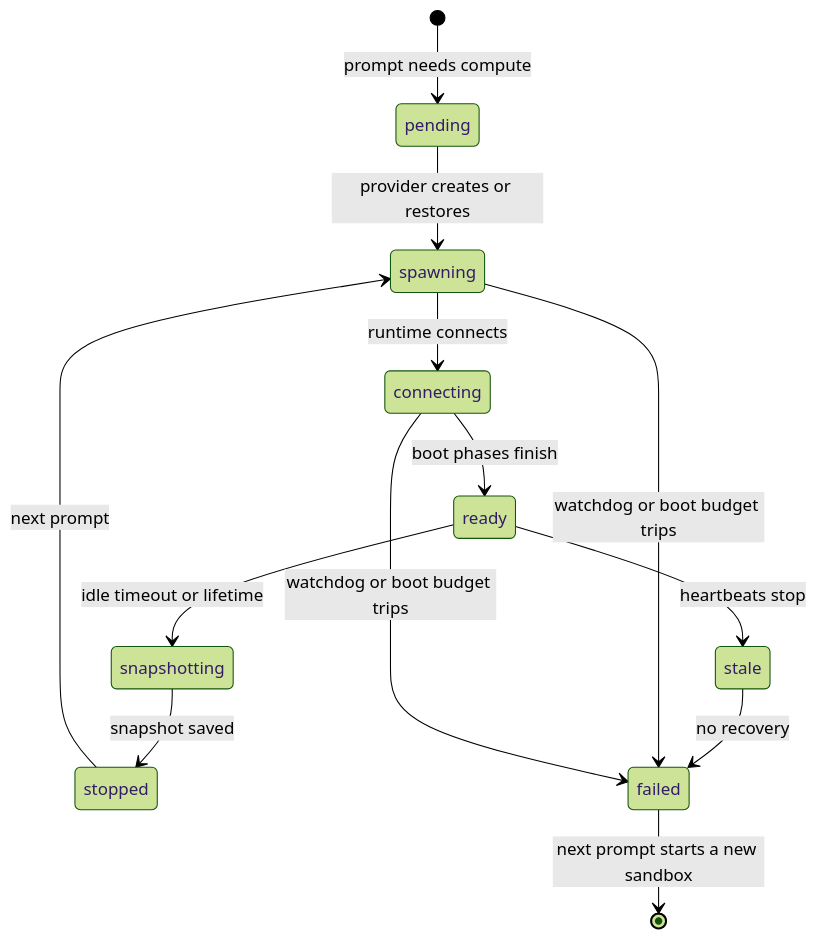
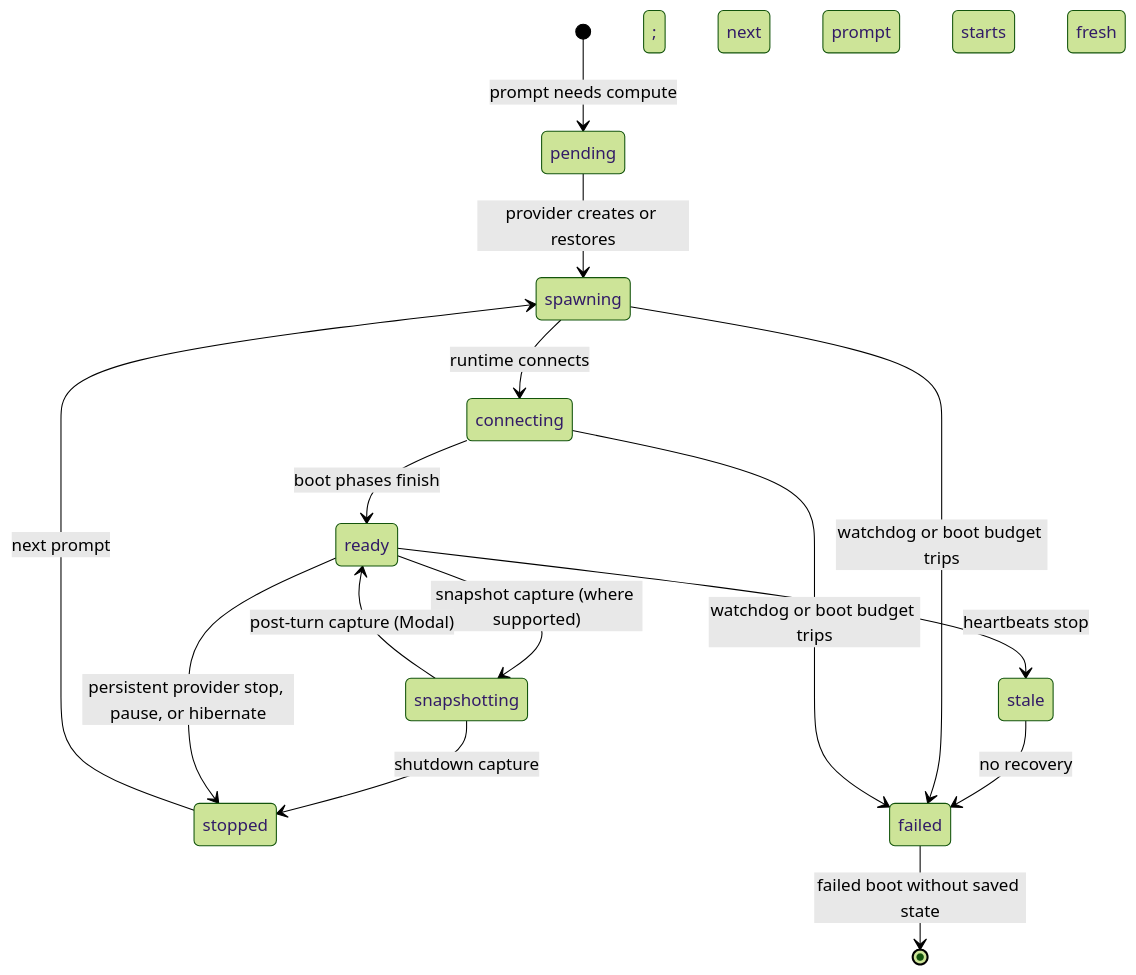
Before and after one commit to Cheeli0/background-agents: the second of 2 diagrams in packages/docs/content/docs/sessions/lifecycle-and-statuses.mdx, drawn with Mermaid (forest theme). The commit also changed other lines of this file and 26 other files, not shown here.

````diff
--- a/packages/docs/content/docs/sessions/lifecycle-and-statuses.mdx
+++ b/packages/docs/content/docs/sessions/lifecycle-and-statuses.mdx
@@ -75,17 +75,19 @@
 ```mermaid
 stateDiagram-v2
     accTitle: Sandbox status transitions
     direction TB
     [*] --> pending: prompt needs compute
     pending --> spawning: provider creates or restores
     spawning --> connecting: runtime connects
     connecting --> ready: boot phases finish
-    ready --> snapshotting: idle timeout or lifetime
-    snapshotting --> stopped: snapshot saved
+    ready --> snapshotting: snapshot capture (where supported)
+    snapshotting --> ready: post-turn capture (Modal)
+    snapshotting --> stopped: shutdown capture
+    ready --> stopped: persistent provider stop, pause, or hibernate
     stopped --> spawning: next prompt
     ready --> stale: heartbeats stop
     stale --> failed: no recovery
     spawning --> failed: watchdog or boot budget trips
     connecting --> failed: watchdog or boot budget trips
-    failed --> [*]: next prompt starts a new sandbox
+    failed --> [*]: failed boot without saved state; next prompt starts fresh
 ```
````
